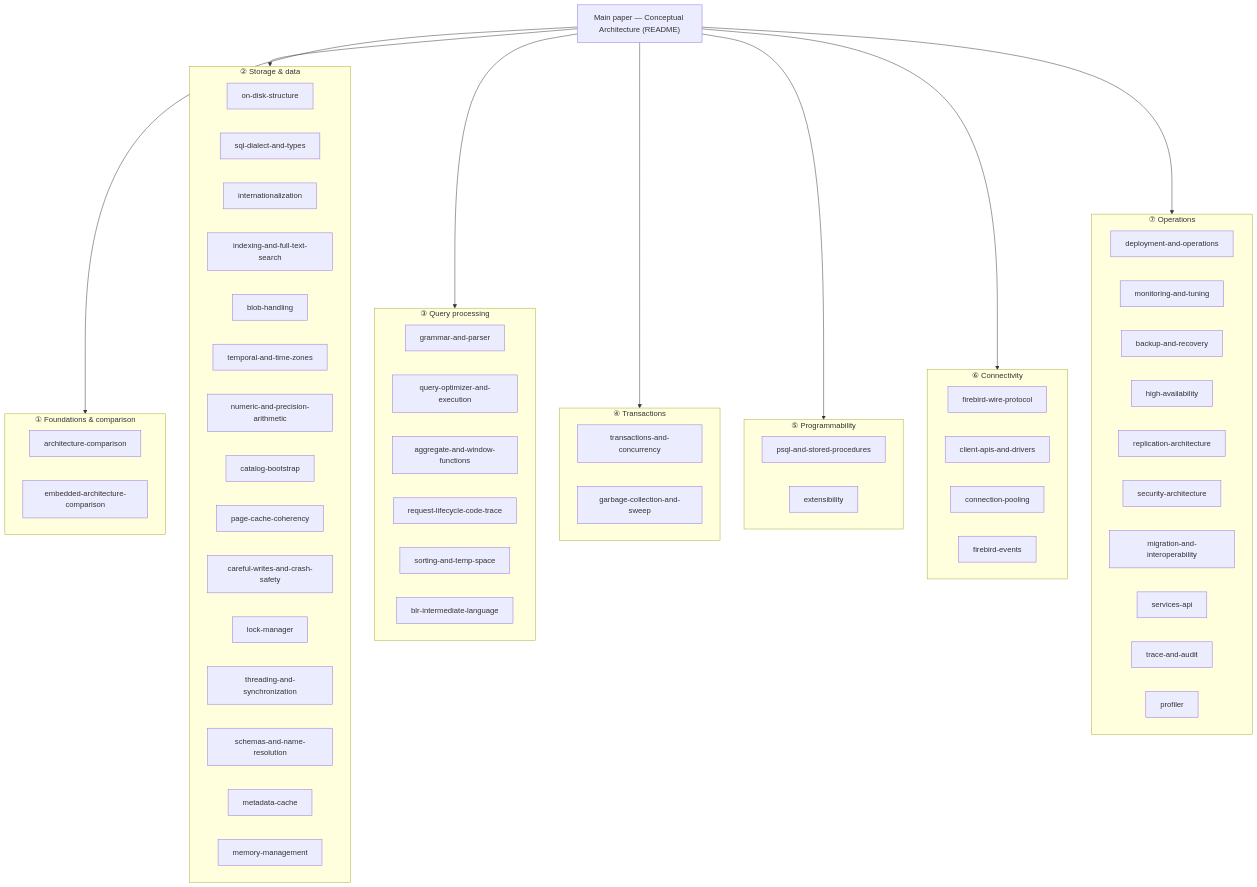
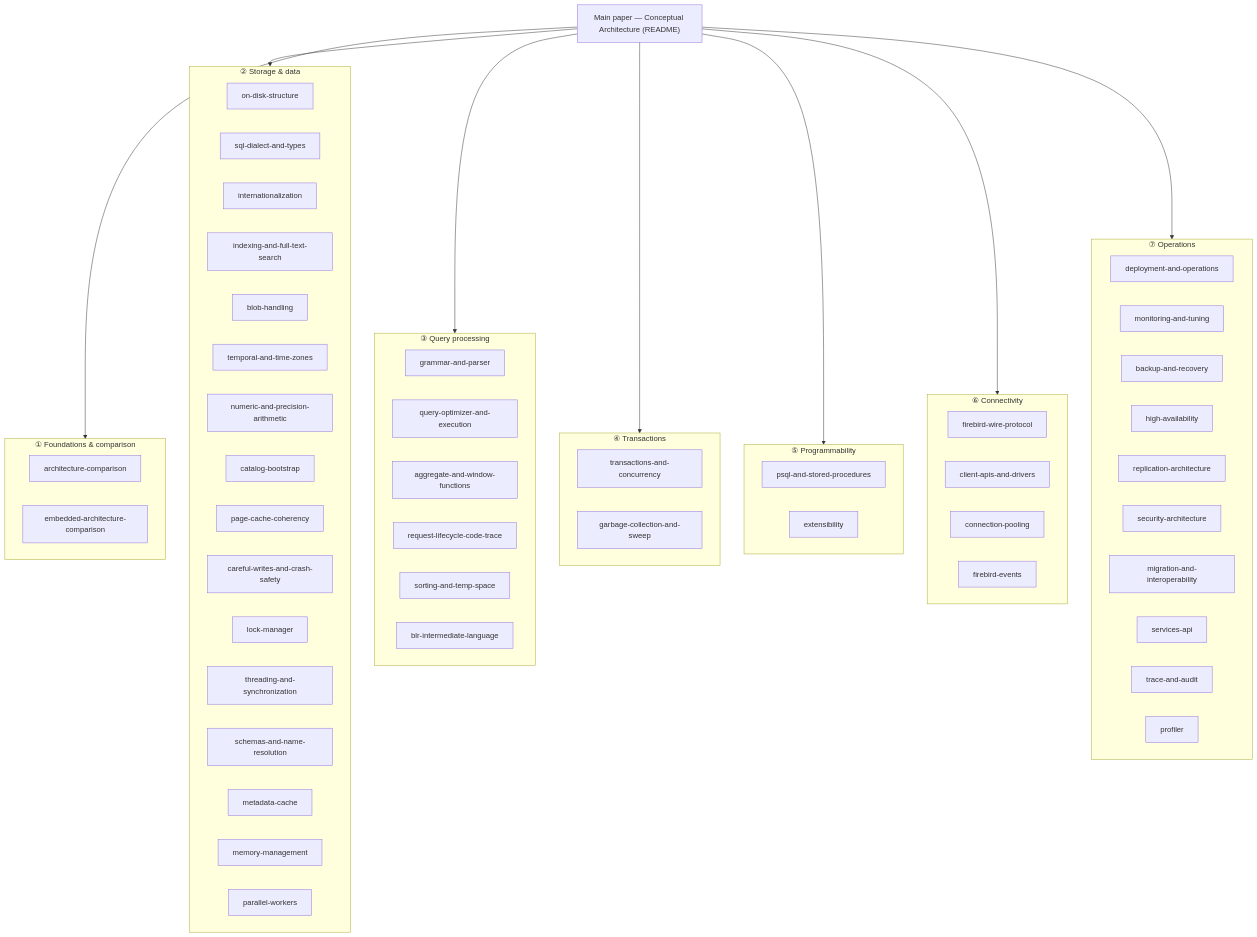
Before and after one commit to mariuz/conceptual-architecture-for-firebird-paper: the diagram in READING-GUIDE.md, drawn with Mermaid. The commit also changed other lines of this file and 3 other files, not shown here.

````diff
--- a/READING-GUIDE.md
+++ b/READING-GUIDE.md
@@ -9,62 +9,63 @@
 ```mermaid
 flowchart TB
     PAPER["Main paper — Conceptual Architecture (README)"]
 
     PAPER --> T1 & T2 & T3 & T4 & T5 & T6 & T7
 
     subgraph T1["① Foundations & comparison"]
         A1["architecture-comparison"]
         A2["embedded-architecture-comparison"]
     end
     subgraph T2["② Storage & data"]
         B1["on-disk-structure"]
         B2["sql-dialect-and-types"]
         B3["internationalization"]
         B4["indexing-and-full-text-search"]
         B5["blob-handling"]
         B6["temporal-and-time-zones"]
         B7["numeric-and-precision-arithmetic"]
         B8["catalog-bootstrap"]
         B9["page-cache-coherency"]
         B10["careful-writes-and-crash-safety"]
         B11["lock-manager"]
         B12["threading-and-synchronization"]
         B13["schemas-and-name-resolution"]
         B14["metadata-cache"]
         B15["memory-management"]
+        B16["parallel-workers"]
     end
     subgraph T3["③ Query processing"]
         C1["grammar-and-parser"]
         C2["query-optimizer-and-execution"]
         C3["aggregate-and-window-functions"]
         C4["request-lifecycle-code-trace"]
         C5["sorting-and-temp-space"]
         C6["blr-intermediate-language"]
     end
     subgraph T4["④ Transactions"]
         D1["transactions-and-concurrency"]
         D2["garbage-collection-and-sweep"]
     end
     subgraph T5["⑤ Programmability"]
         E1["psql-and-stored-procedures"]
         E2["extensibility"]
     end
     subgraph T6["⑥ Connectivity"]
         F1["firebird-wire-protocol"]
         F2["client-apis-and-drivers"]
         F3["connection-pooling"]
         F4["firebird-events"]
     end
     subgraph T7["⑦ Operations"]
         G1["deployment-and-operations"]
         G2["monitoring-and-tuning"]
         G3["backup-and-recovery"]
         G4["high-availability"]
         G5["replication-architecture"]
         G6["security-architecture"]
         G7["migration-and-interoperability"]
         G8["services-api"]
         G9["trace-and-audit"]
         G10["profiler"]
     end
 ```
````
